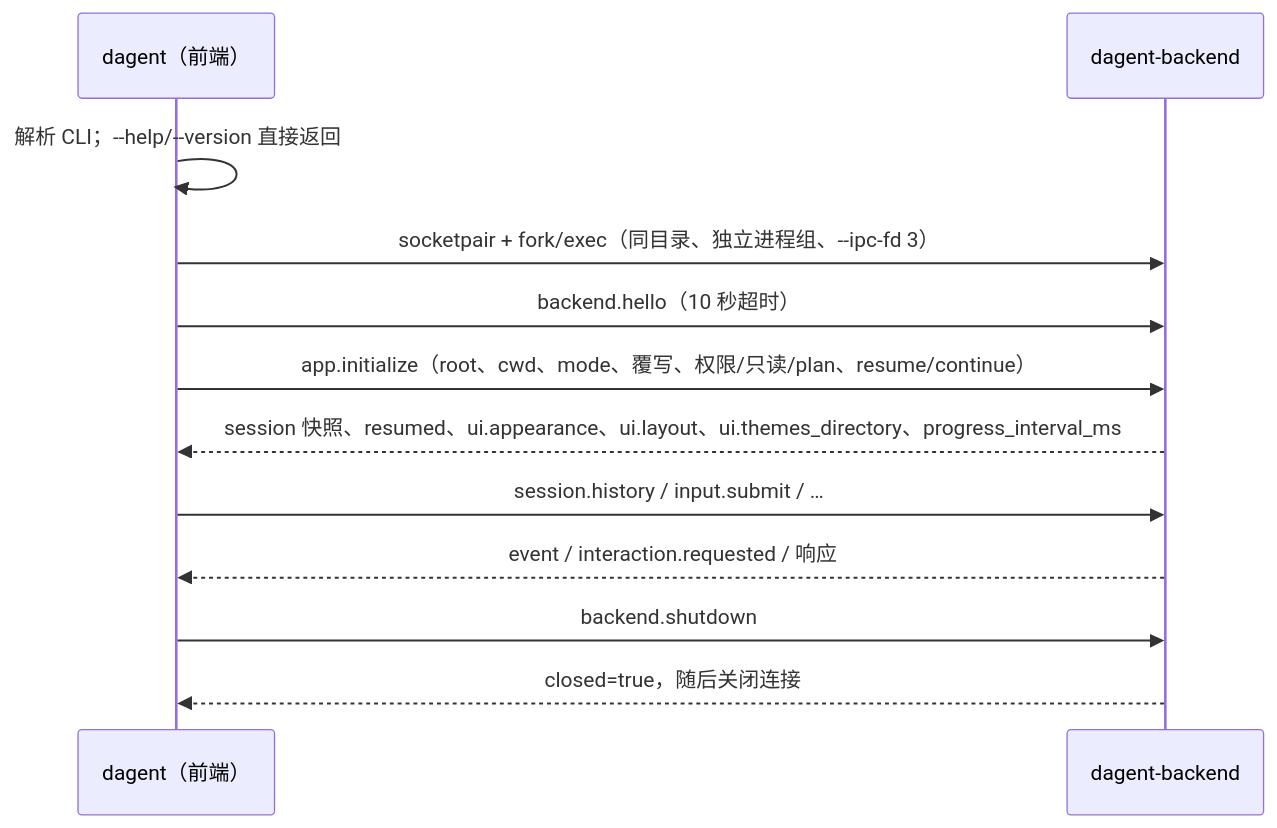
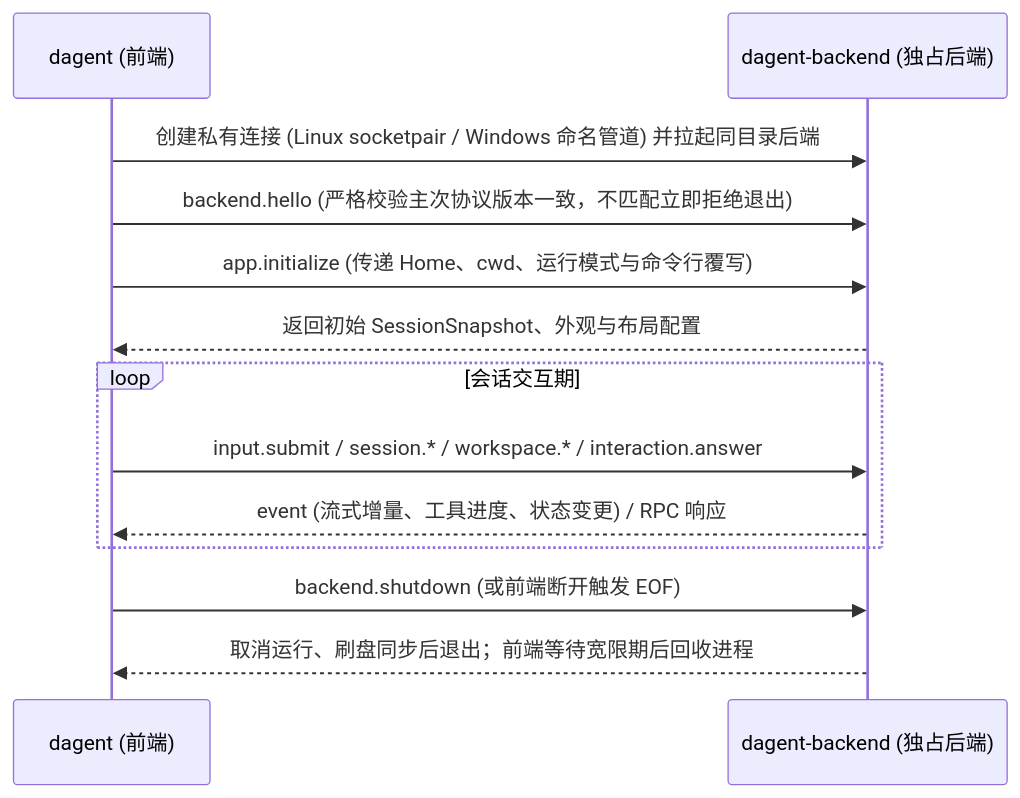
One commit to Summer-DeZ/DAgent changed the diagram in docs/design/protocol.md. Above: the diagram before and after it, drawn with Mermaid. The commit also changed other lines of this file and 22 other files, not shown here.

Commit message:
docs(design): streamline design docs to focus on architecture and core workflows

````diff
--- a/docs/design/protocol.md
+++ b/docs/design/protocol.md
@@ -25,14 +7,15 @@
 ```mermaid
 sequenceDiagram
-    participant F as dagent（前端）
-    participant B as dagent-backend
-    F->>F: 解析 CLI；--help/--version 直接返回
-    F->>B: socketpair + fork/exec（同目录、独立进程组、--ipc-fd 3）
-    F->>B: backend.hello（10 秒超时）
-    F->>B: app.initialize（root、cwd、mode、覆写、权限/只读/plan、resume/continue）
-    B-->>F: session 快照、resumed、ui.appearance、ui.layout、ui.themes_directory、progress_interval_ms
-    F->>B: session.history / input.submit / …
-    B-->>F: event / interaction.requested / 响应
-    F->>B: backend.shutdown
-    B-->>F: closed=true，随后关闭连接
+    participant F as dagent (前端)
+    participant B as dagent-backend (独占后端)
+    F->>B: 创建私有连接 (Linux socketpair / Windows 命名管道) 并拉起同目录后端
+    F->>B: backend.hello (严格校验主次协议版本一致，不匹配立即拒绝退出)
+    F->>B: app.initialize (传递 Home、cwd、运行模式与命令行覆写)
+    B-->>F: 返回初始 SessionSnapshot、外观与布局配置
+    loop 会话交互期
+        F->>B: input.submit / session.* / workspace.* / interaction.answer
+        B-->>F: event (流式增量、工具进度、状态变更) / RPC 响应
+    end
+    F->>B: backend.shutdown (或前端断开触发 EOF)
+    B-->>F: 取消运行、刷盘同步后退出；前端等待宽限期后回收进程
 ```
````
